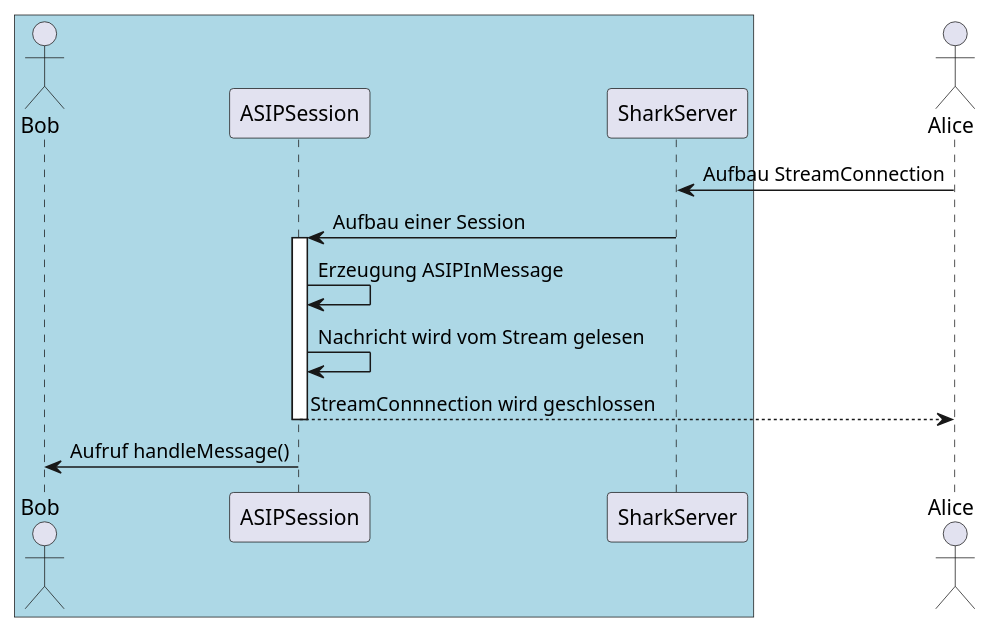
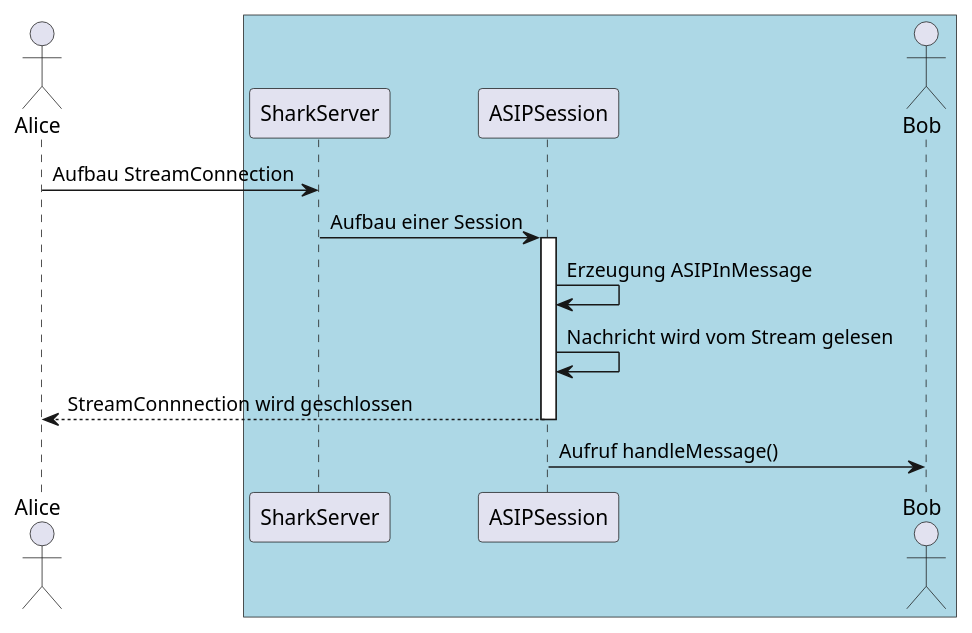
One commit to SharedKnowledge/Documentation changed the diagram in plantuml/receiveOperation.puml. Above: the diagram before and after it, drawn with PlantUML. The commit also changed 6 other files, not shown here.

```diff
--- a/plantuml/receiveOperation.puml
+++ b/plantuml/receiveOperation.puml
@@ -1,19 +1,20 @@
 @startuml
+actor "Alice"
+
 box #lightblue
-actor "Bob"
+    participant SharkServer
     participant ASIPSession
-	participant SharkServer
+	actor "Bob"
+end box
 
-end box
-	actor "Alice"
 
 Alice -> SharkServer: Aufbau StreamConnection
 SharkServer -> ASIPSession: Aufbau einer Session
 activate ASIPSession
 ASIPSession -> ASIPSession: Erzeugung ASIPInMessage
 ASIPSession -> ASIPSession: Nachricht wird vom Stream gelesen
 ASIPSession --> Alice: StreamConnnection wird geschlossen
 deactivate ASIPSession
 ASIPSession -> Bob: Aufruf handleMessage()
 
 @enduml
```
